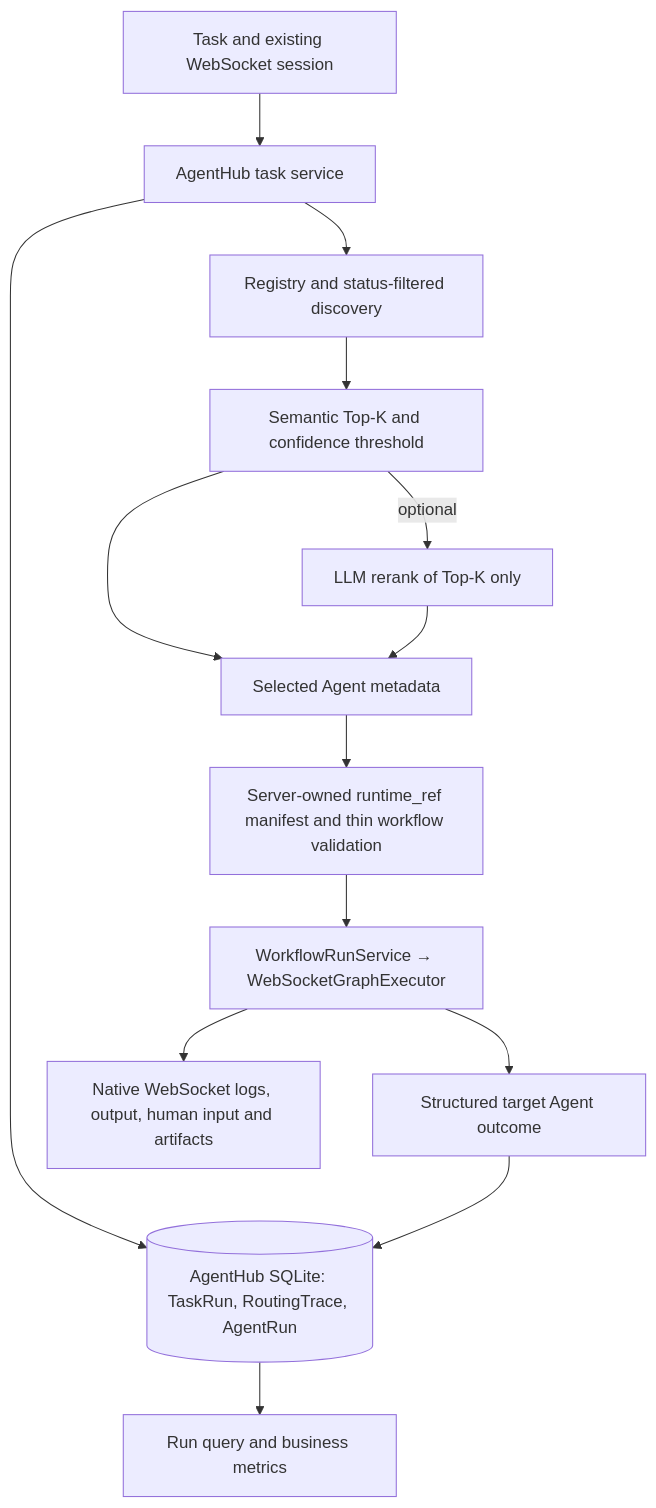
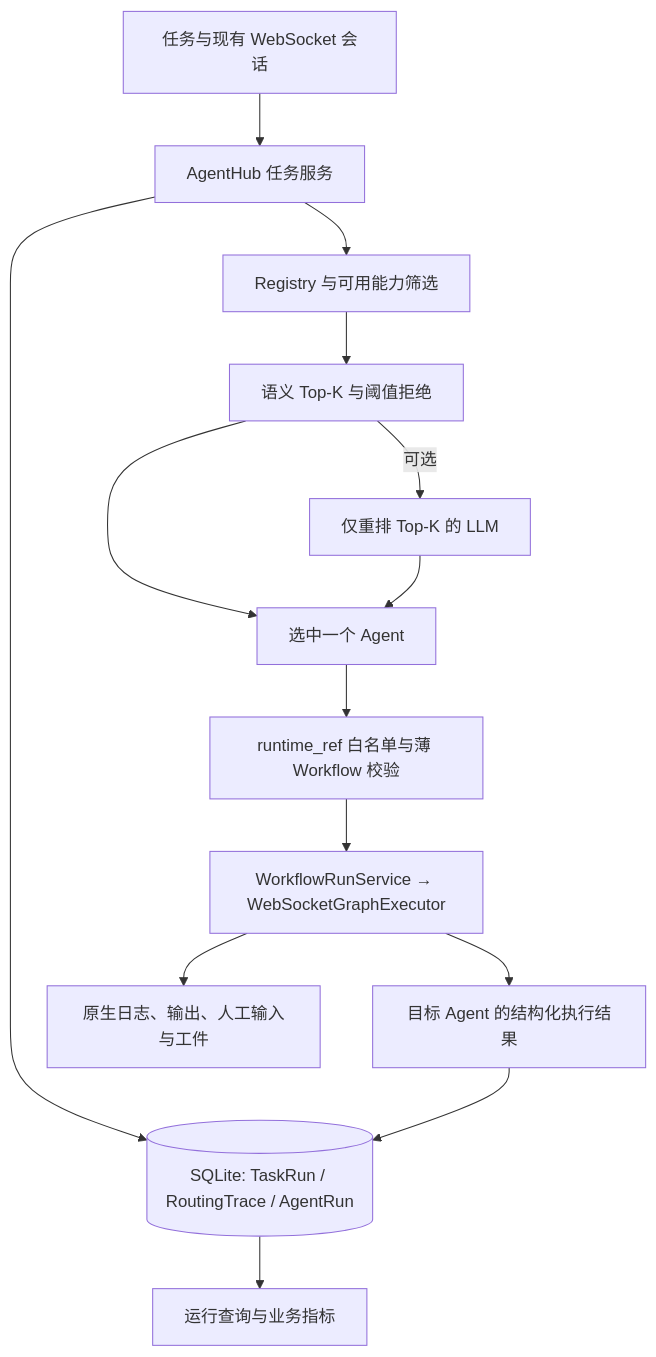
One commit to hongmuyu/AgentHub changed the diagram in docs/agenthub.md. Above: the diagram before and after it, drawn with Mermaid. The commit also changed other lines of this file and 5 other files, not shown here.

````diff
--- a/docs/agenthub.md
+++ b/docs/agenthub.md
@@ -7,16 +7,16 @@
 ```mermaid
 flowchart TD
-    U[Task and existing WebSocket session] --> S[AgentHub task service]
-    S --> D[Registry and status-filtered discovery]
-    D --> R[Semantic Top-K and confidence threshold]
-    R -->|optional| L[LLM rerank of Top-K only]
-    R --> A[Selected Agent metadata]
+    U[任务与现有 WebSocket 会话] --> S[AgentHub 任务服务]
+    S --> D[Registry 与可用能力筛选]
+    D --> R[语义 Top-K 与阈值拒绝]
+    R -->|可选| L[仅重排 Top-K 的 LLM]
+    R --> A[选中一个 Agent]
     L --> A
-    A --> V[Server-owned runtime_ref manifest and thin workflow validation]
+    A --> V[runtime_ref 白名单与薄 Workflow 校验]
     V --> W[WorkflowRunService → WebSocketGraphExecutor]
-    W --> O[Structured target Agent outcome]
-    S --> B[(AgentHub SQLite: TaskRun, RoutingTrace, AgentRun)]
+    W --> O[目标 Agent 的结构化执行结果]
+    S --> B[(SQLite: TaskRun / RoutingTrace / AgentRun)]
     O --> B
-    B --> Q[Run query and business metrics]
-    W --> N[Native WebSocket logs, output, human input and artifacts]
+    B --> Q[运行查询与业务指标]
+    W --> N[原生日志、输出、人工输入与工件]
 ```
````
